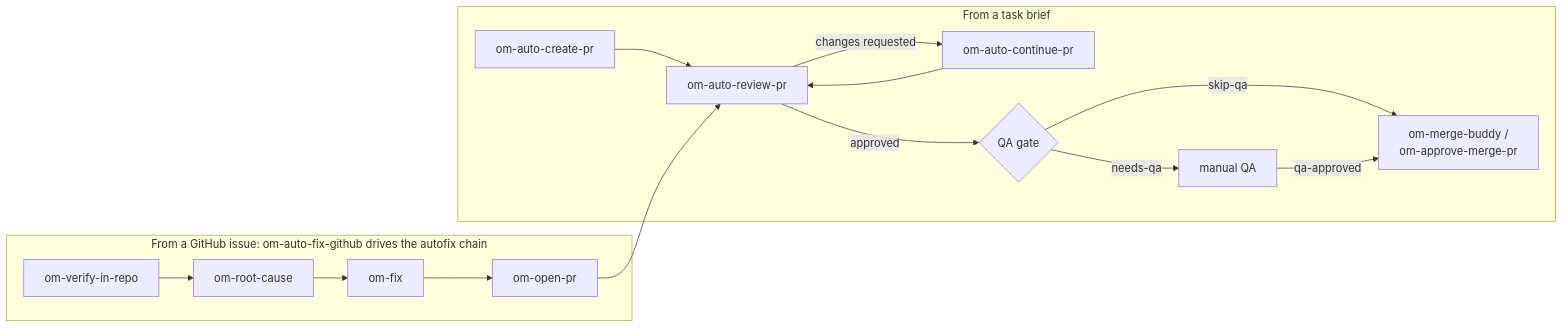
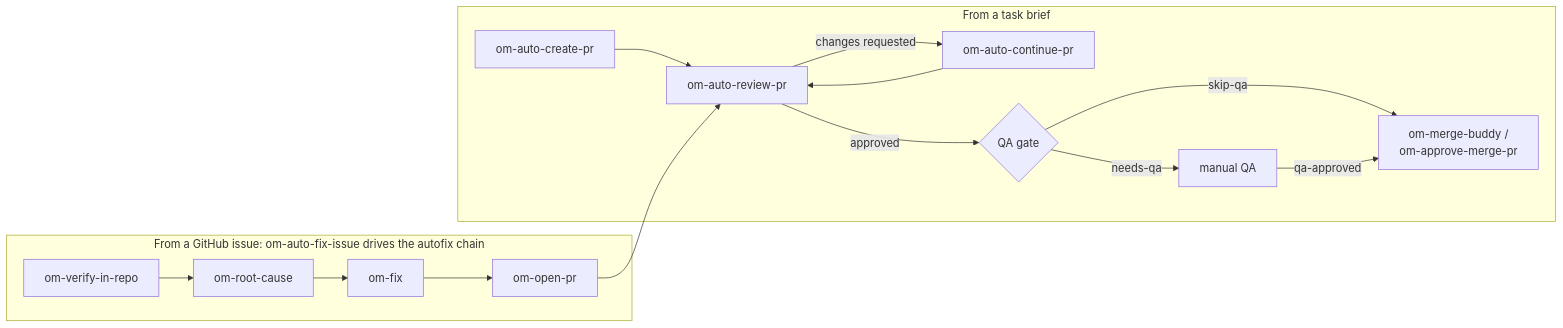
Before and after one commit to open-mercato/skills: the diagram in README.md, drawn with Mermaid. The commit also changed other lines of this file and 6 other files, not shown here.

First line of the commit message:
refactor: rename om-auto-fix-github to om-auto-fix-issue

````diff
--- a/README.md
+++ b/README.md
@@ -71,18 +71,18 @@
 ```mermaid
 flowchart LR
     subgraph brief ["From a task brief"]
         createPR["om-auto-create-pr"] --> reviewPR["om-auto-review-pr"]
         reviewPR -- "changes requested" --> continuePR["om-auto-continue-pr"]
         continuePR --> reviewPR
         reviewPR -- "approved" --> qaGate{"QA gate"}
         qaGate -- "skip-qa" --> mergePR["om-merge-buddy /<br/>om-approve-merge-pr"]
         qaGate -- "needs-qa" --> manualQA["manual QA"]
         manualQA -- "qa-approved" --> mergePR
     end
-    subgraph issue ["From a GitHub issue: om-auto-fix-github drives the autofix chain"]
+    subgraph issue ["From a GitHub issue: om-auto-fix-issue drives the autofix chain"]
         verifyStep["om-verify-in-repo"] --> rootCause["om-root-cause"]
         rootCause --> applyFix["om-fix"]
         applyFix --> openPR["om-open-pr"]
     end
     openPR --> reviewPR
 ```
````
